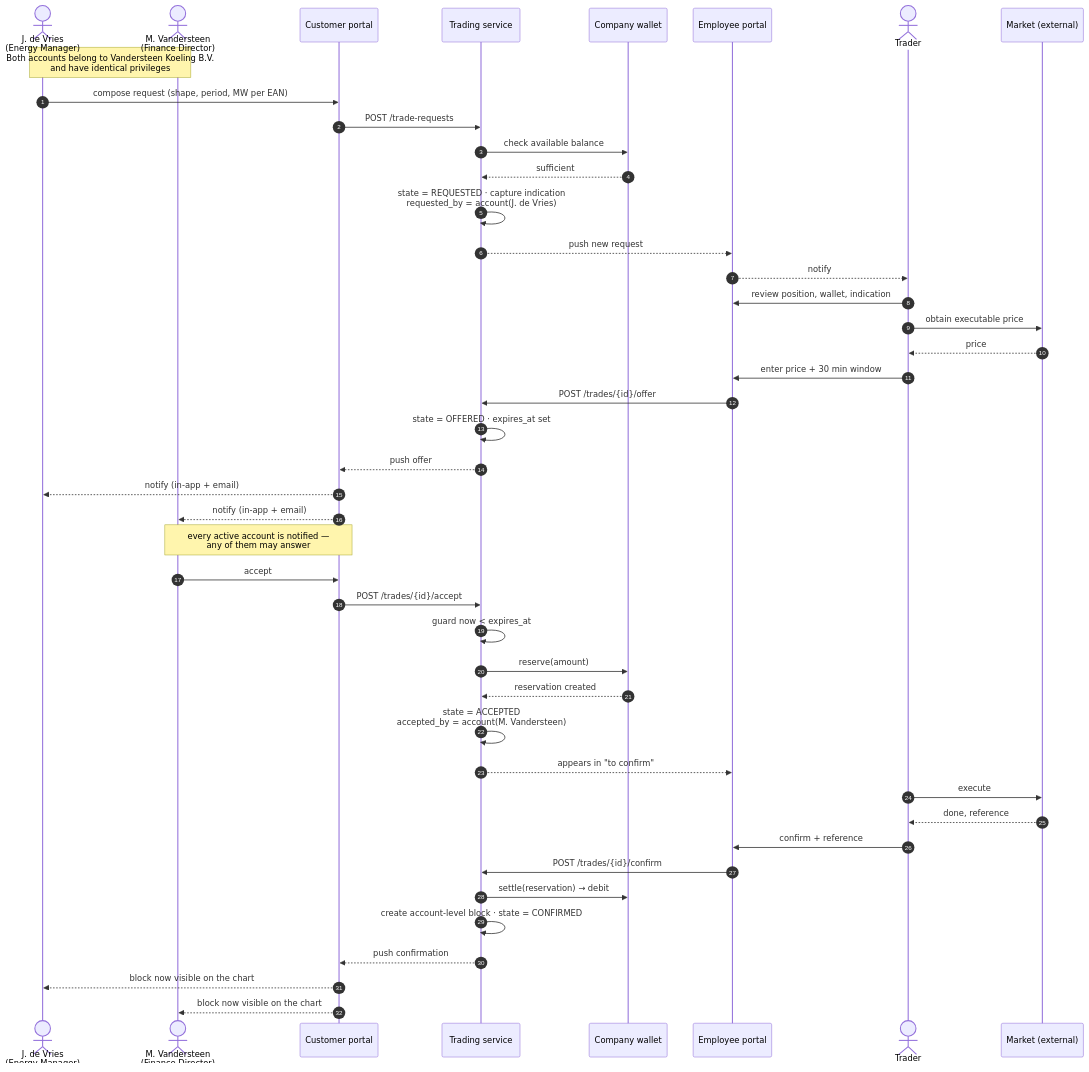
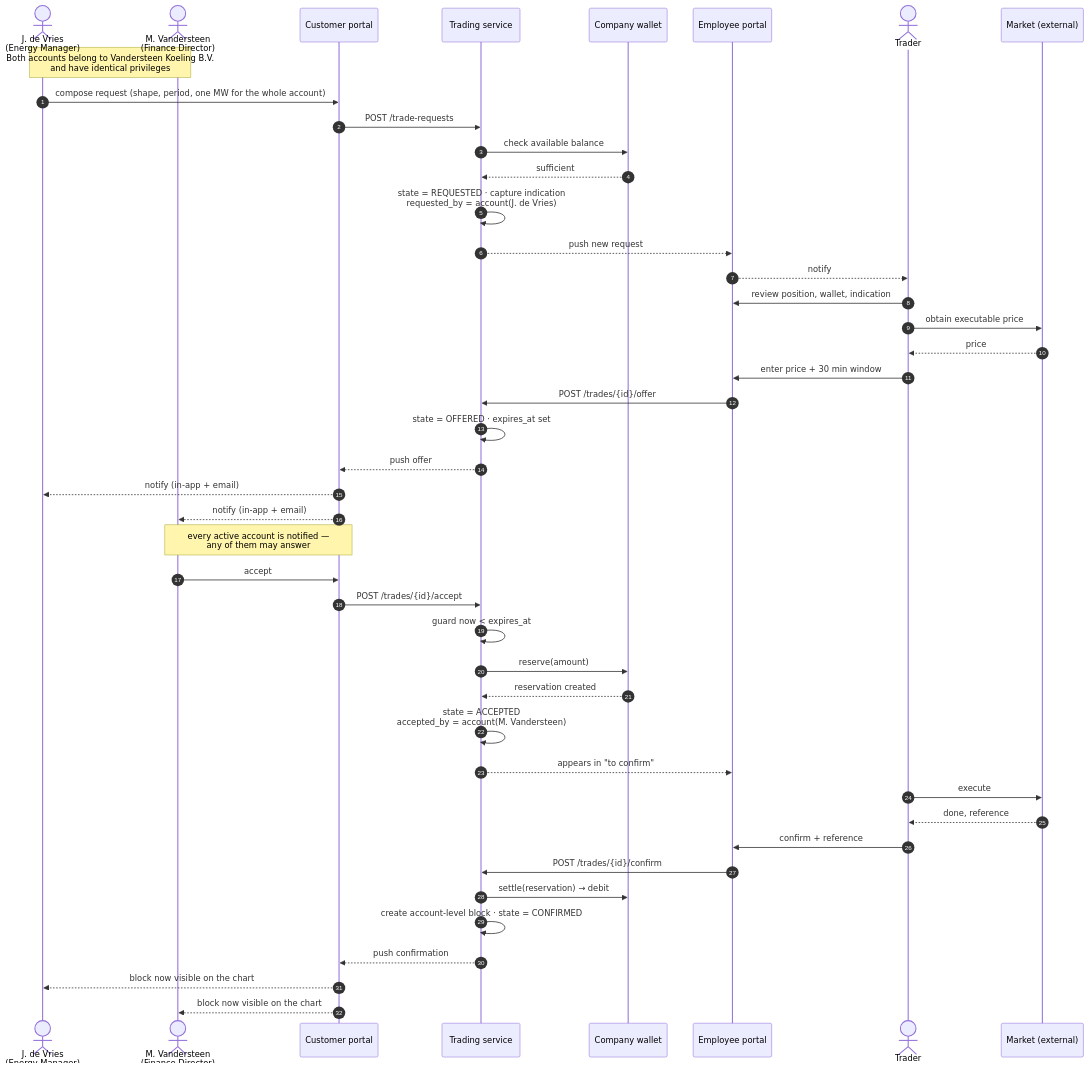
Before and after one commit to lukastosic-ifd/peakpowerspecs: the third of 4 diagrams in specs/10-features/F05-energy-block-trading.md, drawn with Mermaid. The commit also changed other lines of this file and 4 other files, not shown here.

Commit message:
docs(specs): renumber the account-volume ruling as DEC-167 (16), mark the reversed F05 rows, fix the 12-per-shape count and the confirm re-check

````diff
--- a/specs/10-features/F05-energy-block-trading.md
+++ b/specs/10-features/F05-energy-block-trading.md
@@ -529,51 +529,51 @@
 ```mermaid
 sequenceDiagram
     autonumber
     actor A as J. de Vries<br/>(Energy Manager)
     actor B as M. Vandersteen<br/>(Finance Director)
     participant CP as Customer portal
     participant API as Trading service
     participant W as Company wallet
     participant EP as Employee portal
     actor T as Trader
     participant MKT as Market (external)
 
     Note over A,B: Both accounts belong to Vandersteen Koeling B.V.<br/>and have identical privileges
 
-    A->>CP: compose request (shape, period, MW per EAN)
+    A->>CP: compose request (shape, period, one MW for the whole account)
     CP->>API: POST /trade-requests
     API->>W: check available balance
     W-->>API: sufficient
     API->>API: state = REQUESTED · capture indication<br/>requested_by = account(J. de Vries)
     API-->>EP: push new request
     EP-->>T: notify
 
     T->>EP: review position, wallet, indication
     T->>MKT: obtain executable price
     MKT-->>T: price
     T->>EP: enter price + 30 min window
     EP->>API: POST /trades/{id}/offer
     API->>API: state = OFFERED · expires_at set
     API-->>CP: push offer
     CP-->>A: notify (in-app + email)
     CP-->>B: notify (in-app + email)
     Note over CP,B: every active account is notified —<br/>any of them may answer
 
     B->>CP: accept
     CP->>API: POST /trades/{id}/accept
     API->>API: guard now < expires_at
     API->>W: reserve(amount)
     W-->>API: reservation created
     API->>API: state = ACCEPTED<br/>accepted_by = account(M. Vandersteen)
     API-->>EP: appears in "to confirm"
 
     T->>MKT: execute
     MKT-->>T: done, reference
     T->>EP: confirm + reference
     EP->>API: POST /trades/{id}/confirm
     API->>W: settle(reservation) → debit
     API->>API: create account-level block · state = CONFIRMED
     API-->>CP: push confirmation
     CP-->>A: block now visible on the chart
     CP-->>B: block now visible on the chart
 ```
````
